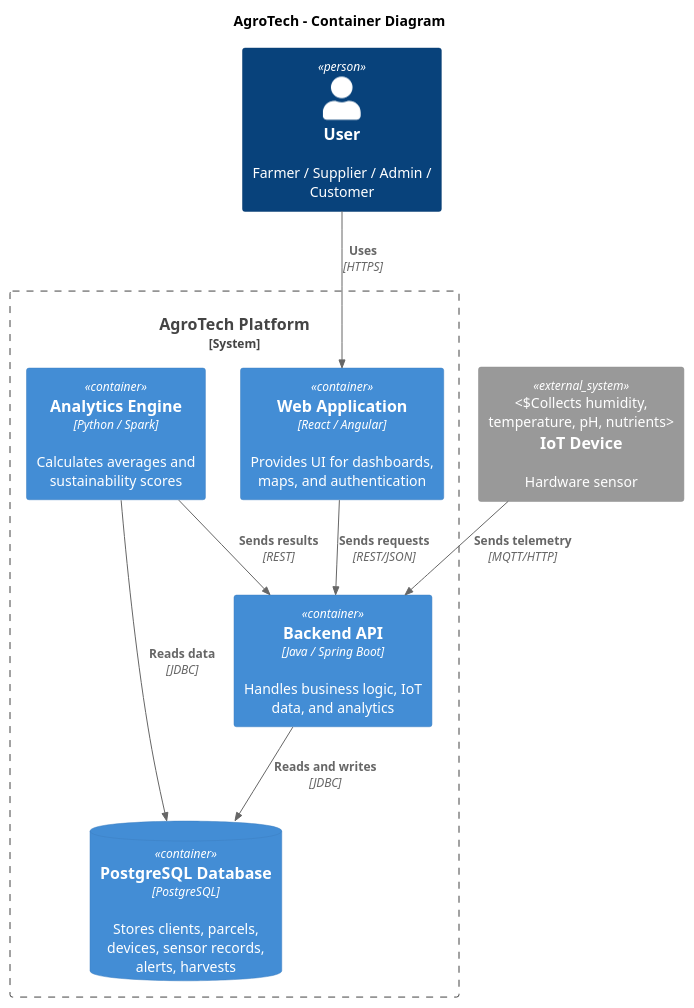
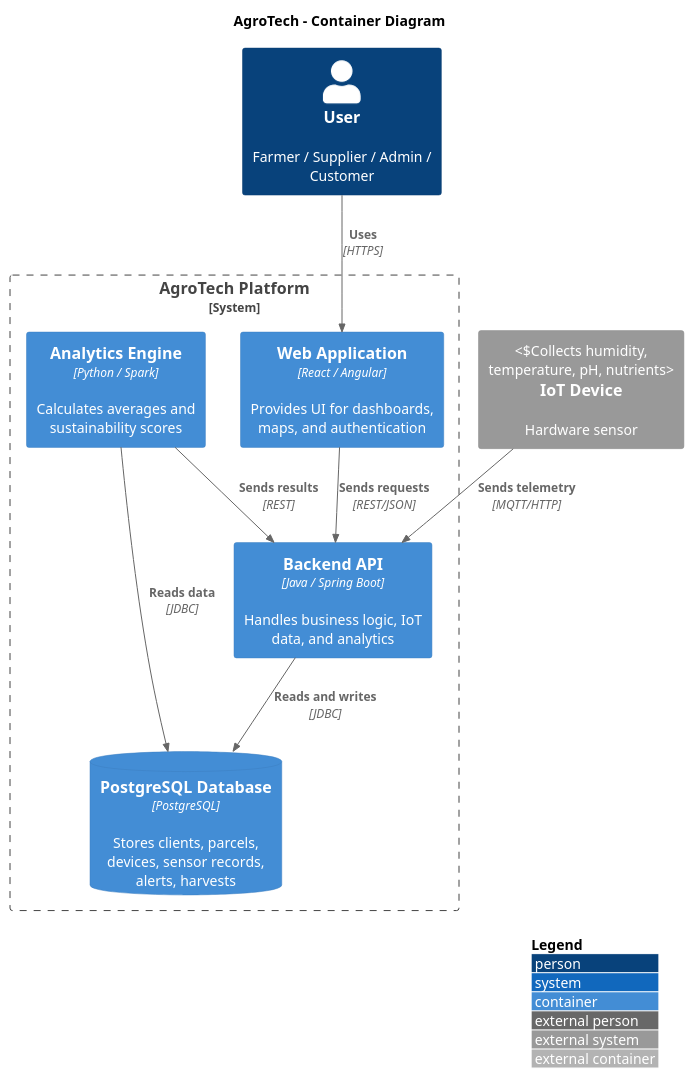
The second of 3 diagrams in report/46-model-c4.md (1ASI0730-10215-NovaTech-TerraTech/upc-pre-202610-1asi0730-10215-NovaTech-report), drawn with PlantUML before and after one commit. The commit also changed other lines of this file and 2 other files, not shown here.

Commit message:
docs: update system architecture diagrams

````diff
--- a/report/46-model-c4.md
+++ b/report/46-model-c4.md
@@ -34,30 +34,33 @@
 ```plantuml
 @startuml
 !include https://raw.githubusercontent.com/plantuml-stdlib/C4-PlantUML/master/C4_Container.puml
+
+' Esta línea aplica los iconos y el estilo visual completo de C4
+LAYOUT_WITH_LEGEND()
 
 title AgroTech - Container Diagram
 
 Person(user, "User", "Farmer / Supplier / Admin / Customer")
 
 System_Boundary(agrotech, "AgroTech Platform") {
 
     Container(webapp, "Web Application", "React / Angular", "Provides UI for dashboards, maps, and authentication")
 
     Container(api, "Backend API", "Java / Spring Boot", "Handles business logic, IoT data, and analytics")
 
     ContainerDb(db, "PostgreSQL Database", "PostgreSQL", "Stores clients, parcels, devices, sensor records, alerts, harvests")
 
     Container(analytics, "Analytics Engine", "Python / Spark", "Calculates averages and sustainability scores")
 }
 
 System_Ext(iot_device, "IoT Device", "Hardware sensor", "Collects humidity, temperature, pH, nutrients")
 
 Rel(user, webapp, "Uses", "HTTPS")
 Rel(webapp, api, "Sends requests", "REST/JSON")
 Rel(api, db, "Reads and writes", "JDBC")
 Rel(analytics, db, "Reads data", "JDBC")
 Rel(analytics, api, "Sends results", "REST")
 Rel(iot_device, api, "Sends telemetry", "MQTT/HTTP")
 
 @enduml
 ```
````
